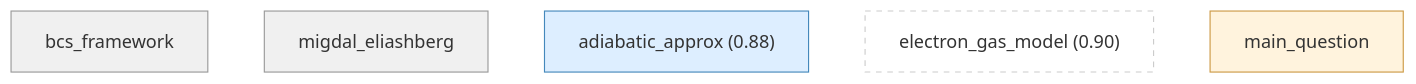
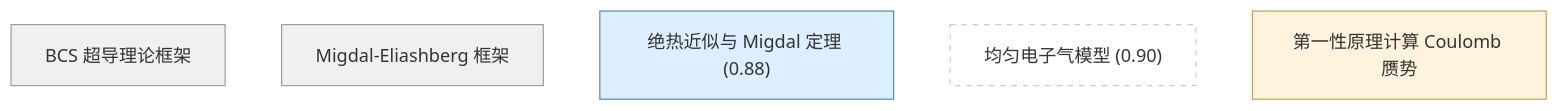
One commit to kunyuan/SuperconductivityElectronLiquids.gaia changed the first of 6 diagrams in README.md. Above: the diagram before and after it, drawn with Mermaid. The commit also changed other lines of this file and 7 other files, not shown here.

````diff
--- a/README.md
+++ b/README.md
@@ -7,15 +7,15 @@
 ```mermaid
 graph TD
-    bcs_framework["bcs_framework"]:::setting
-    migdal_eliashberg["migdal_eliashberg"]:::setting
-    adiabatic_approx["adiabatic_approx (0.88)"]:::premise
-    electron_gas_model["electron_gas_model (0.90)"]:::orphan
-    main_question["main_question"]:::question
+    bcs_framework["BCS 超导理论框架"]:::setting
+    migdal_eliashberg["Migdal-Eliashberg 框架"]:::setting
+    adiabatic_approx["绝热近似与 Migdal 定理 (0.88)"]:::premise
+    electron_gas_model["均匀电子气模型 (0.90)"]:::orphan
+    main_question["第一性原理计算 Coulomb 赝势"]:::question
 
     classDef setting fill:#f0f0f0,stroke:#999
     classDef premise fill:#ddeeff,stroke:#4488bb
     classDef derived fill:#ddffdd,stroke:#44bb44
     classDef question fill:#fff3dd,stroke:#cc9944
     classDef orphan fill:#fff,stroke:#ccc,stroke-dasharray: 5 5
     classDef external fill:#fff,stroke:#aaa,stroke-dasharray: 3 3
 ```
````
